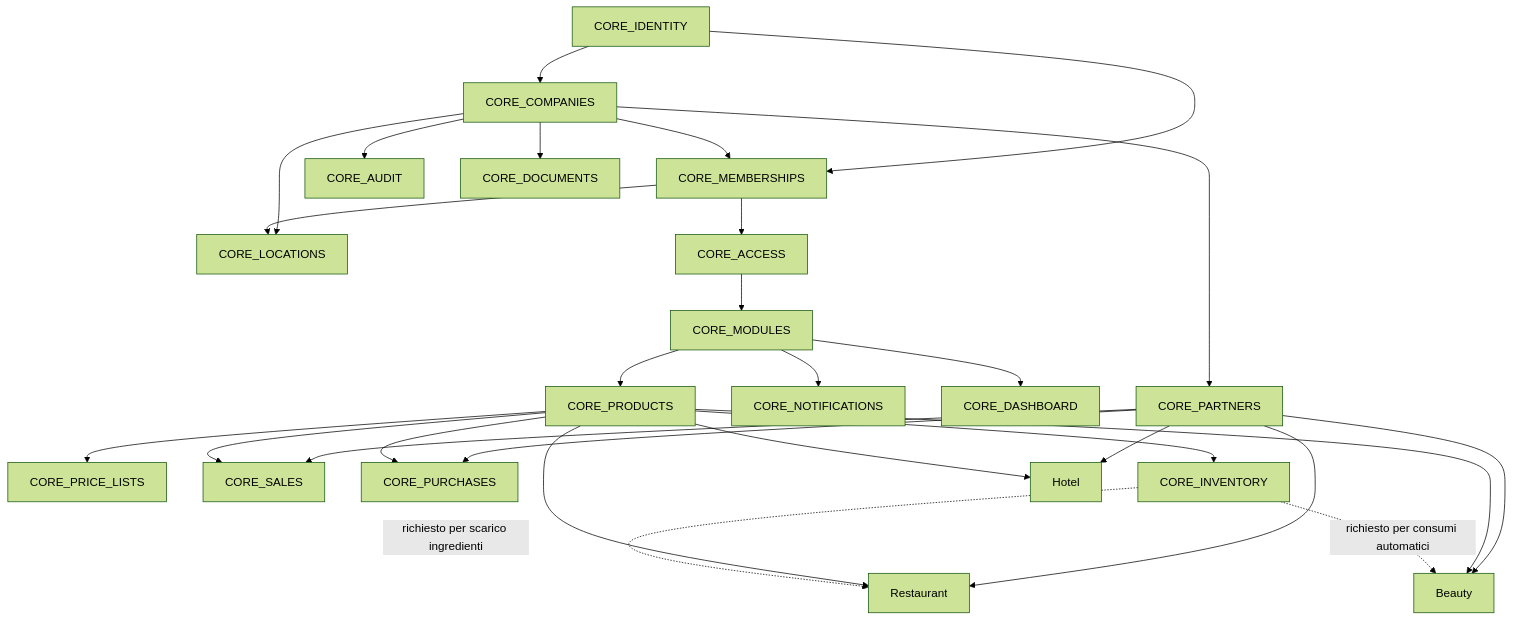
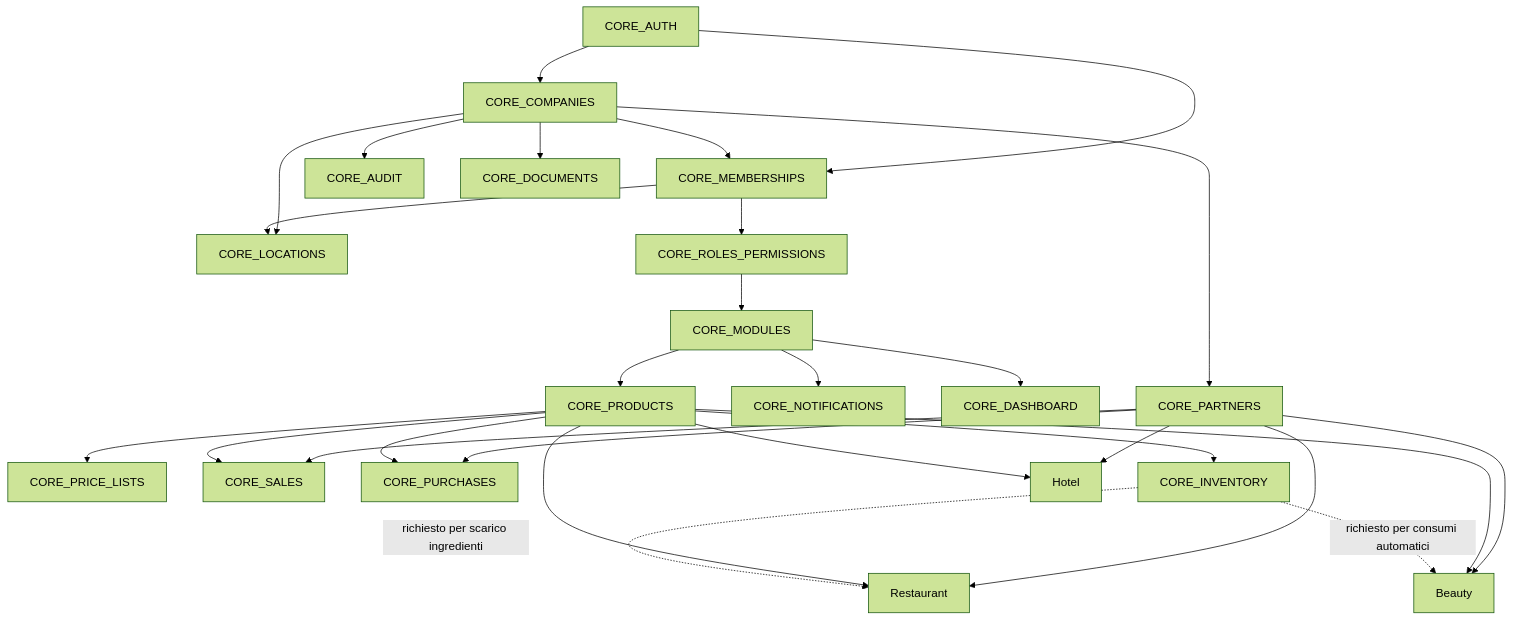
Before and after one commit to samuelesans-rgb/nexus-erp: the first of 4 diagrams in docs/MODULE_DEPENDENCIES.md, drawn with Mermaid (forest theme). The commit also changed other lines of this file and 15 other files, not shown here.

````diff
--- a/docs/MODULE_DEPENDENCIES.md
+++ b/docs/MODULE_DEPENDENCIES.md
@@ -16,34 +16,34 @@
 ```mermaid
 flowchart TD
-    ID[CORE_IDENTITY] --> CO[CORE_COMPANIES]
+    ID[CORE_AUTH] --> CO[CORE_COMPANIES]
     ID --> ME[CORE_MEMBERSHIPS]
     CO --> ME
     CO --> LO[CORE_LOCATIONS]
     ME --> LO
-    ME --> AC[CORE_ACCESS]
+    ME --> AC[CORE_ROLES_PERMISSIONS]
     AC --> MO[CORE_MODULES]
     CO --> AU[CORE_AUDIT]
     CO --> PA[CORE_PARTNERS]
     CO --> DO[CORE_DOCUMENTS]
     MO --> NO[CORE_NOTIFICATIONS]
     MO --> DA[CORE_DASHBOARD]
 
     MO --> PR[CORE_PRODUCTS]
     PR --> PL[CORE_PRICE_LISTS]
     PA --> SA[CORE_SALES]
     PR --> SA
     PA --> PU[CORE_PURCHASES]
     PR --> PU
     PR --> IN[CORE_INVENTORY]
 
     PA --> RR[Restaurant]
     PR --> RR
     IN -. richiesto per scarico ingredienti .-> RR
 
     PA --> HO[Hotel]
     PR --> HO
 
     PA --> BE[Beauty]
     PR --> BE
     IN -. richiesto per consumi automatici .-> BE
 ```
````
